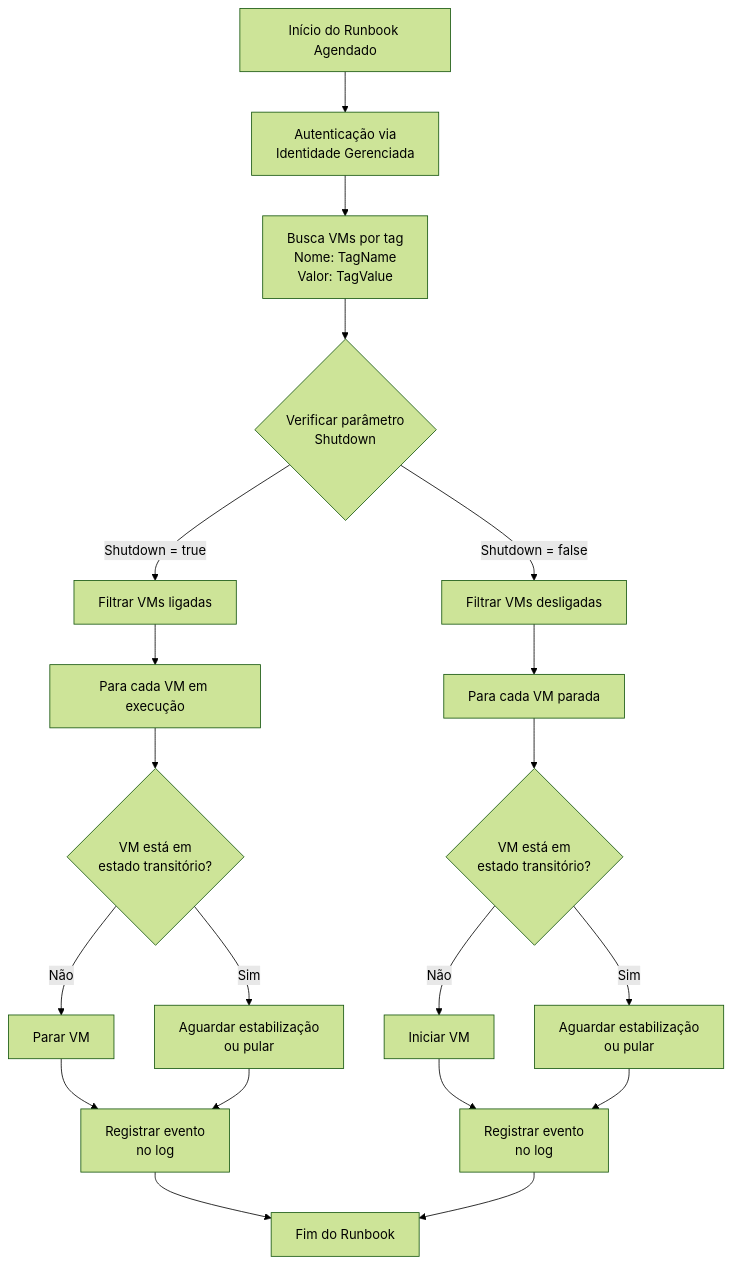
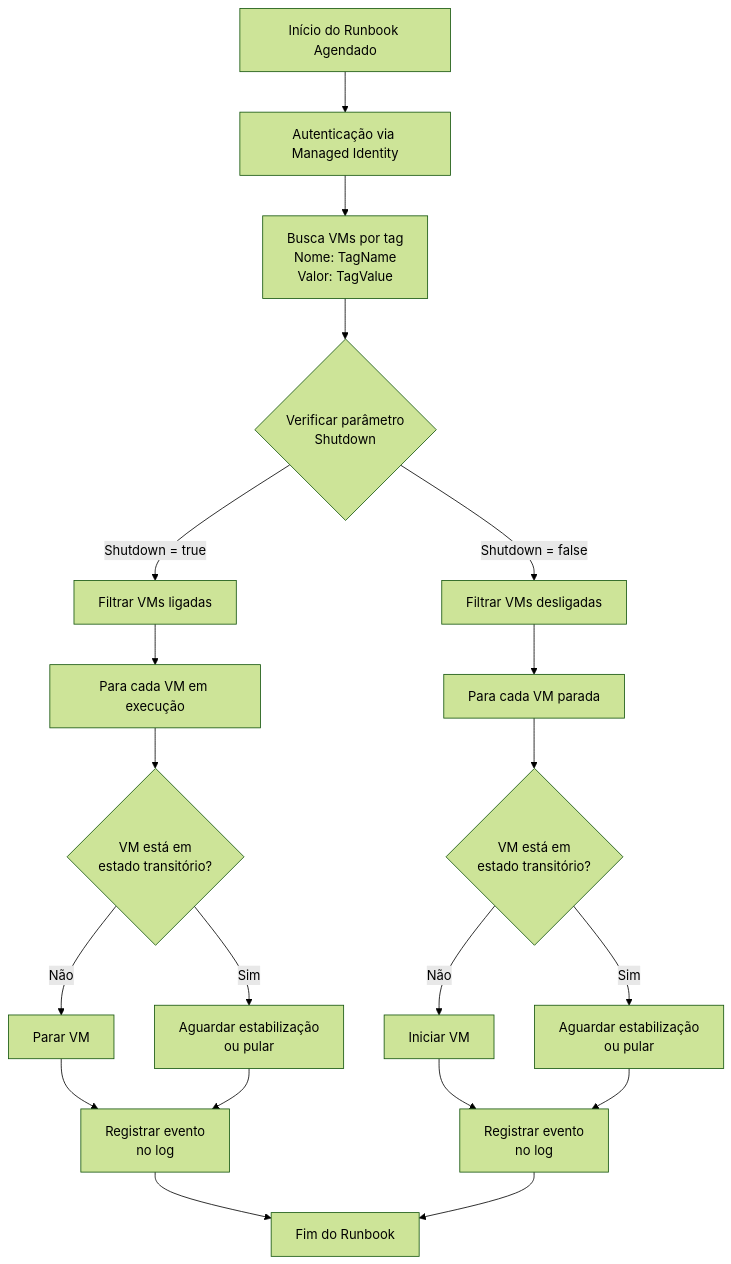
The diagram in README.md (mathewsbuzetti/azure-vm-start-stop), drawn with Mermaid (forest theme) before and after one commit.

````diff
--- a/README.md
+++ b/README.md
@@ -46,27 +46,36 @@
 ```mermaid
 flowchart TD
-    A[Início do Runbook Agendado] --> B[Autenticação via\nIdentidade Gerenciada]
-    B --> C[Busca VMs por tag\nNome: TagName\nValor: TagValue]
-    C --> D{Verificar parâmetro\nShutdown}
+    A[Início do Runbook Agendado] --> B[Autenticação via Managed Identity]
+    B --> C[Busca VMs por tag
+    Nome: TagName
+    Valor: TagValue]
+    C --> D{Verificar parâmetro
+    Shutdown}
     
     D -->|Shutdown = true| E[Filtrar VMs ligadas]
     D -->|Shutdown = false| F[Filtrar VMs desligadas]
     
     E --> G[Para cada VM em execução]
     F --> H[Para cada VM parada]
     
-    G --> G1{VM está em\nestado transitório?}
-    G1 -->|Sim| G2[Aguardar estabilização\nou pular]
+    G --> G1{VM está em
+    estado transitório?}
+    G1 -->|Sim| G2[Aguardar estabilização
+    ou pular]
     G1 -->|Não| G3[Parar VM]
-    G3 --> G4[Registrar evento\nno log]
+    G3 --> G4[Registrar evento
+    no log]
     G2 --> G4
     
-    H --> H1{VM está em\nestado transitório?}
-    H1 -->|Sim| H2[Aguardar estabilização\nou pular]
+    H --> H1{VM está em
+    estado transitório?}
+    H1 -->|Sim| H2[Aguardar estabilização
+    ou pular]
     H1 -->|Não| H3[Iniciar VM]
-    H3 --> H4[Registrar evento\nno log]
+    H3 --> H4[Registrar evento
+    no log]
     H2 --> H4
     
     G4 --> I[Fim do Runbook]
     H4 --> I
 ```
````
